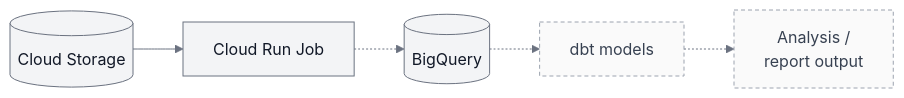
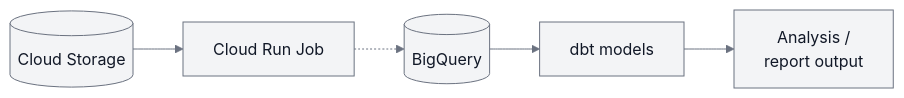
Before and after one commit to mifuha/runwx: the diagram in docs/architecture.md, drawn with Mermaid. The commit also changed other lines of this file and 30 other files, not shown here.

Commit message:
feature: validate race analysis models with dbt in BigQuery

````diff
--- a/docs/architecture.md
+++ b/docs/architecture.md
@@ -27,13 +29,11 @@
 ```mermaid
 flowchart LR
     storage[("Cloud Storage")] --> job["Cloud Run Job"]
     job -.-> warehouse[("BigQuery")]
-    warehouse -.-> models["dbt models"]
-    models -.-> output["Analysis /<br/>report output"]
+    warehouse --> models["dbt models"]
+    models --> output["Analysis /<br/>report output"]
 
     classDef current fill:#f3f4f6,stroke:#6b7280,color:#111827
-    classDef planned fill:#fafafa,stroke:#9ca3af,color:#374151,stroke-dasharray:4 3
-    class storage,job,warehouse current
-    class models,output planned
+    class storage,job,warehouse,models,output current
     linkStyle default stroke:#6b7280
 ```
````
